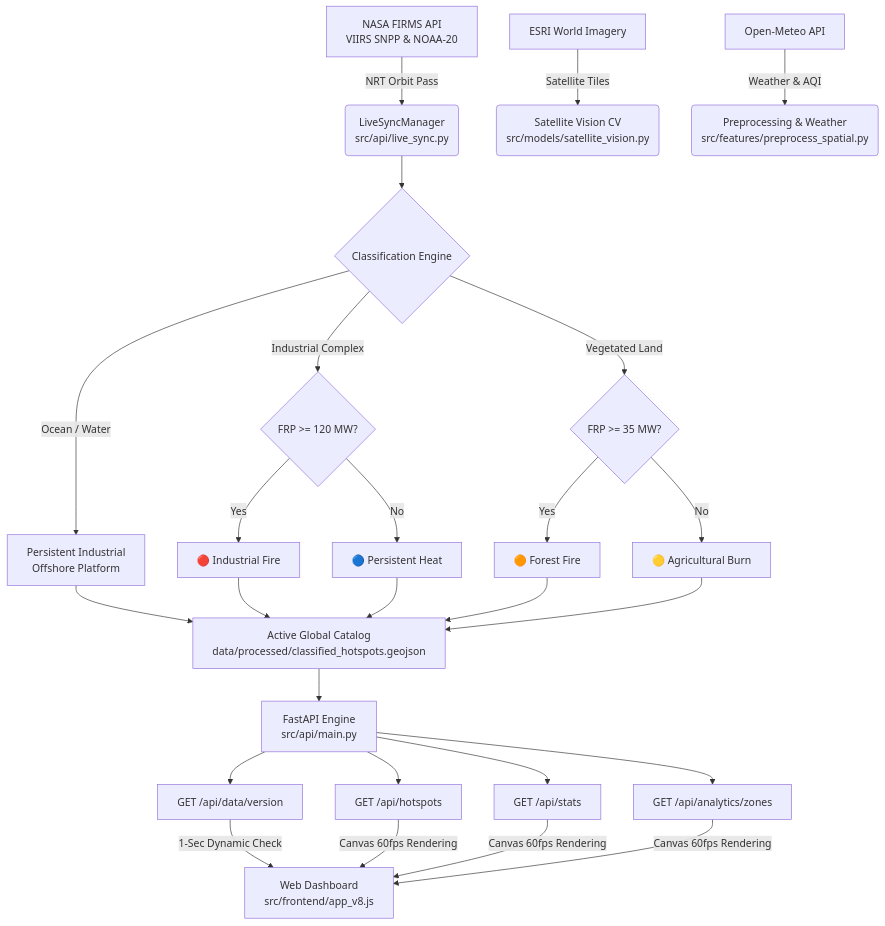
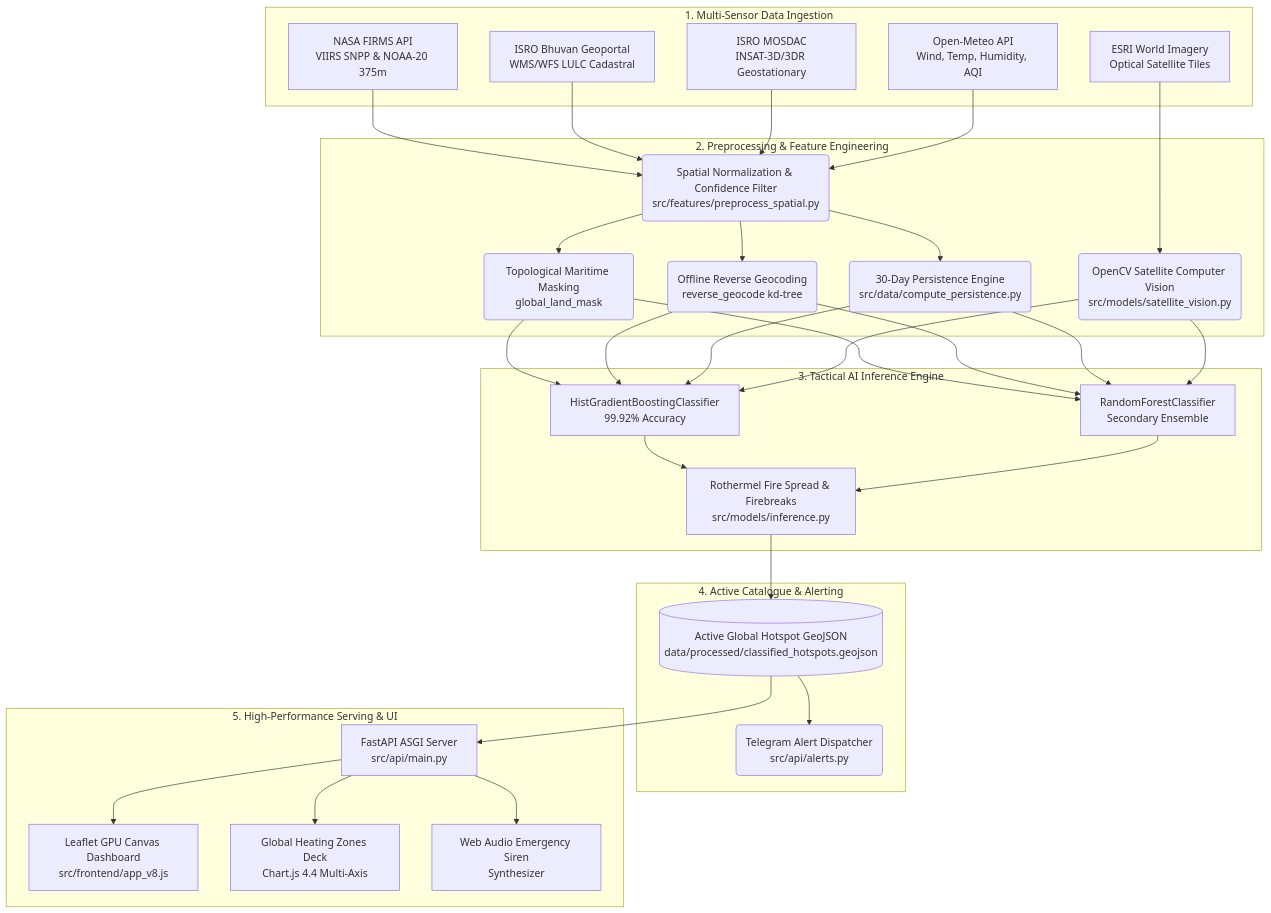
The diagram in README.md (axionuptti/SIH), drawn with Mermaid before and after one commit. The commit also changed other lines of this file and 1 other file, not shown here.

````diff
--- a/README.md
+++ b/README.md
@@ -224,26 +198,47 @@
 ```mermaid
 graph TD
-    A[NASA FIRMS API<br/>VIIRS SNPP & NOAA-20] -->|NRT Orbit Pass| B(LiveSyncManager<br/>src/api/live_sync.py)
-    C[ESRI World Imagery] -->|Satellite Tiles| D(Satellite Vision CV<br/>src/models/satellite_vision.py)
-    E[Open-Meteo API] -->|Weather & AQI| F(Preprocessing & Weather<br/>src/features/preprocess_spatial.py)
-    
-    B --> G{Classification Engine}
-    G -->|Ocean / Water| H[Persistent Industrial<br/>Offshore Platform]
-    G -->|Industrial Complex| I{FRP >= 120 MW?}
-    I -->|Yes| J[🔴 Industrial Fire]
-    I -->|No| K[🔵 Persistent Heat]
-    G -->|Vegetated Land| L{FRP >= 35 MW?}
-    L -->|Yes| M[🟠 Forest Fire]
-    L -->|No| N[🟡 Agricultural Burn]
-    
-    H & J & K & M & N --> O[Active Global Catalog<br/>data/processed/classified_hotspots.geojson]
-    
-    O --> P[FastAPI Engine<br/>src/api/main.py]
-    P --> Q[GET /api/hotspots]
-    P --> R[GET /api/stats]
-    P --> S[GET /api/analytics/zones]
-    P --> T[GET /api/data/version]
-    
-    T -->|1-Sec Dynamic Check| U[Web Dashboard<br/>src/frontend/app_v8.js]
-    Q & R & S -->|Canvas 60fps Rendering| U
+    subgraph Ingestion["1. Multi-Sensor Data Ingestion"]
+        A1[NASA FIRMS API<br/>VIIRS SNPP & NOAA-20 375m]
+        A2[ISRO Bhuvan Geoportal<br/>WMS/WFS LULC Cadastral]
+        A3[ISRO MOSDAC<br/>INSAT-3D/3DR Geostationary]
+        A4[Open-Meteo API<br/>Wind, Temp, Humidity, AQI]
+        A5[ESRI World Imagery<br/>Optical Satellite Tiles]
+    end
+
+    subgraph Processing["2. Preprocessing & Feature Engineering"]
+        B1(Spatial Normalization & Confidence Filter<br/>src/features/preprocess_spatial.py)
+        B2(Topological Maritime Masking<br/>global_land_mask)
+        B3(Offline Reverse Geocoding<br/>reverse_geocode kd-tree)
+        B4(30-Day Persistence Engine<br/>src/data/compute_persistence.py)
+        B5(OpenCV Satellite Computer Vision<br/>src/models/satellite_vision.py)
+    end
+
+    subgraph AI["3. Tactical AI Inference Engine"]
+        C1[HistGradientBoostingClassifier<br/>99.92% Accuracy]
+        C2[RandomForestClassifier<br/>Secondary Ensemble]
+        C3[Rothermel Fire Spread & Firebreaks<br/>src/models/inference.py]
+    end
+
+    subgraph Storage["4. Active Catalogue & Alerting"]
+        D1[(Active Global Hotspot GeoJSON<br/>data/processed/classified_hotspots.geojson)]
+        D2(Telegram Alert Dispatcher<br/>src/api/alerts.py)
+    end
+
+    subgraph Serving["5. High-Performance Serving & UI"]
+        E1[FastAPI ASGI Server<br/>src/api/main.py]
+        E2[Leaflet GPU Canvas Dashboard<br/>src/frontend/app_v8.js]
+        E3[Global Heating Zones Deck<br/>Chart.js 4.4 Multi-Axis]
+        E4[Web Audio Emergency Siren<br/>Synthesizer]
+    end
+
+    A1 & A2 & A3 --> B1
+    B1 --> B2 & B3 & B4
+    A4 --> B1
+    A5 --> B5
+    B2 & B3 & B4 & B5 --> C1 & C2
+    C1 & C2 --> C3
+    C3 --> D1
+    D1 --> D2
+    D1 --> E1
+    E1 --> E2 & E3 & E4
 ```
````
